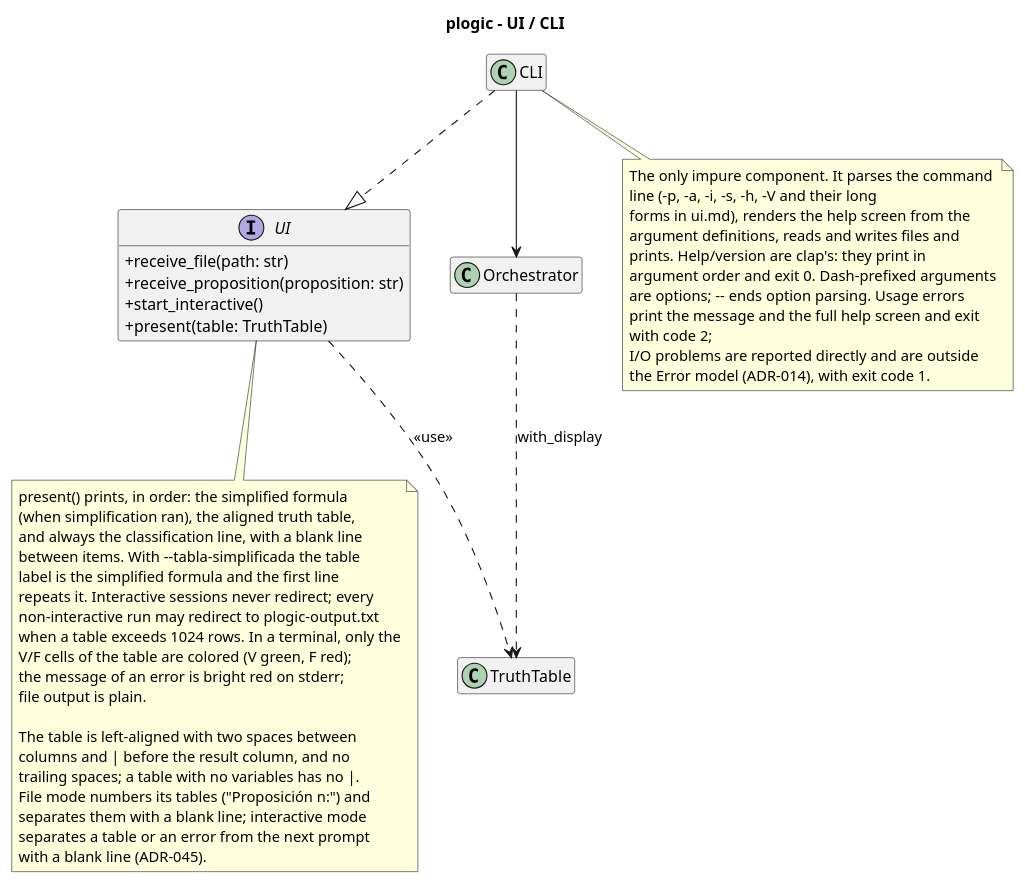
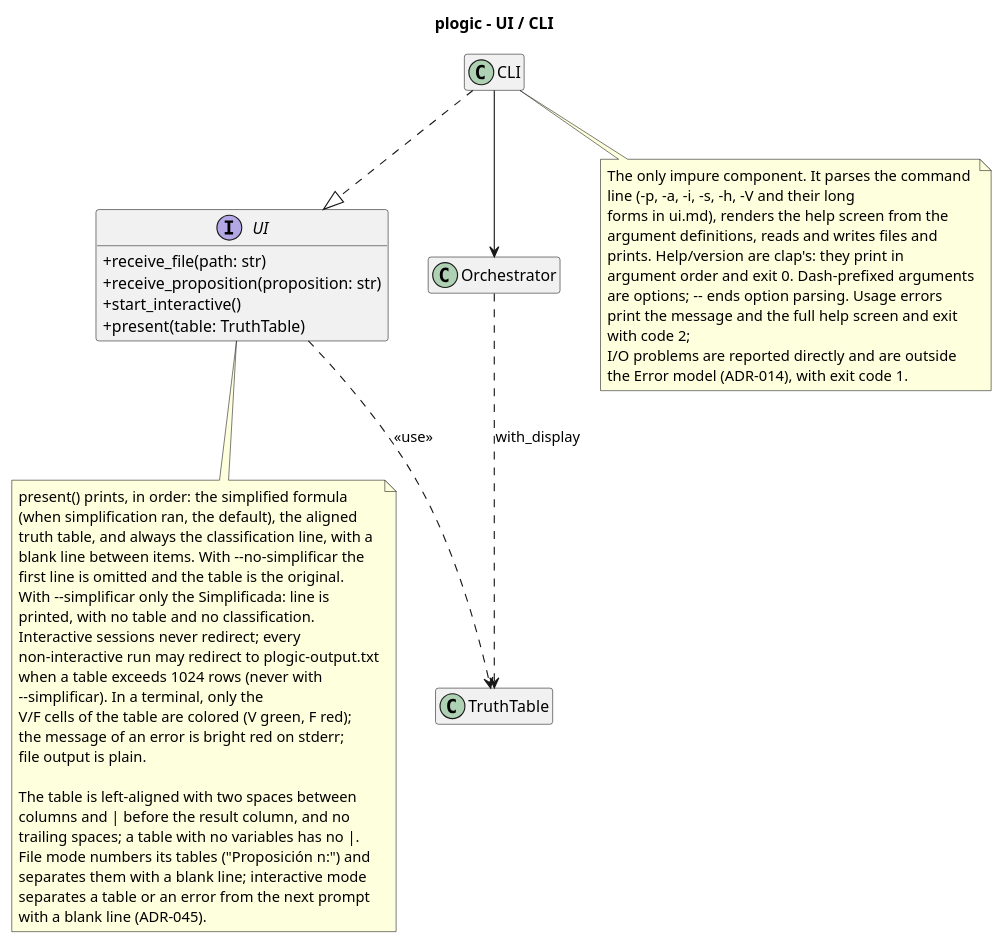
Before and after one commit to Josgtg/plogic: the diagram in design/diagrams/ui_class.puml, drawn with PlantUML. The commit also changed 14 other files, not shown here.

Commit message:
design: document simplified-by-default tables and the new flags

```diff
--- a/design/diagrams/ui_class.puml
+++ b/design/diagrams/ui_class.puml
@@ -1,63 +1,66 @@
 @startuml ui_class
 title plogic - UI / CLI
 
 skinparam classAttributeIconSize 0
 hide empty members
 
 interface UI {
   +receive_file(path: str)
   +receive_proposition(proposition: str)
   +start_interactive()
   +present(table: TruthTable)
 }
 
 class CLI
 
 class Orchestrator
 
 class TruthTable
 
 note bottom of CLI
   The only impure component. It parses the command
   line (-p, -a, -i, -s, -h, -V and their long
   forms in ui.md), renders the help screen from the
   argument definitions, reads and writes files and
   prints. Help/version are clap's: they print in
   argument order and exit 0. Dash-prefixed arguments
   are options; -- ends option parsing. Usage errors
   print the message and the full help screen and exit
   with code 2;
   I/O problems are reported directly and are outside
   the Error model (ADR-014), with exit code 1.
 end note
 
 note bottom of UI
   present() prints, in order: the simplified formula
-  (when simplification ran), the aligned truth table,
-  and always the classification line, with a blank line
-  between items. With --tabla-simplificada the table
-  label is the simplified formula and the first line
-  repeats it. Interactive sessions never redirect; every
+  (when simplification ran, the default), the aligned
+  truth table, and always the classification line, with a
+  blank line between items. With --no-simplificar the
+  first line is omitted and the table is the original.
+  With --simplificar only the Simplificada: line is
+  printed, with no table and no classification.
+  Interactive sessions never redirect; every
   non-interactive run may redirect to plogic-output.txt
-  when a table exceeds 1024 rows. In a terminal, only the
+  when a table exceeds 1024 rows (never with
+  --simplificar). In a terminal, only the
   V/F cells of the table are colored (V green, F red);
   the message of an error is bright red on stderr;
   file output is plain.
 
   The table is left-aligned with two spaces between
   columns and | before the result column, and no
   trailing spaces; a table with no variables has no |.
   File mode numbers its tables ("Proposición n:") and
   separates them with a blank line; interactive mode
   separates a table or an error from the next prompt
   with a blank line (ADR-045).
 end note
 
 CLI ..|> UI
 CLI --> Orchestrator
 
 Orchestrator ..> TruthTable : with_display
 
 UI ..> TruthTable : <<use>>
 
 @enduml
```
